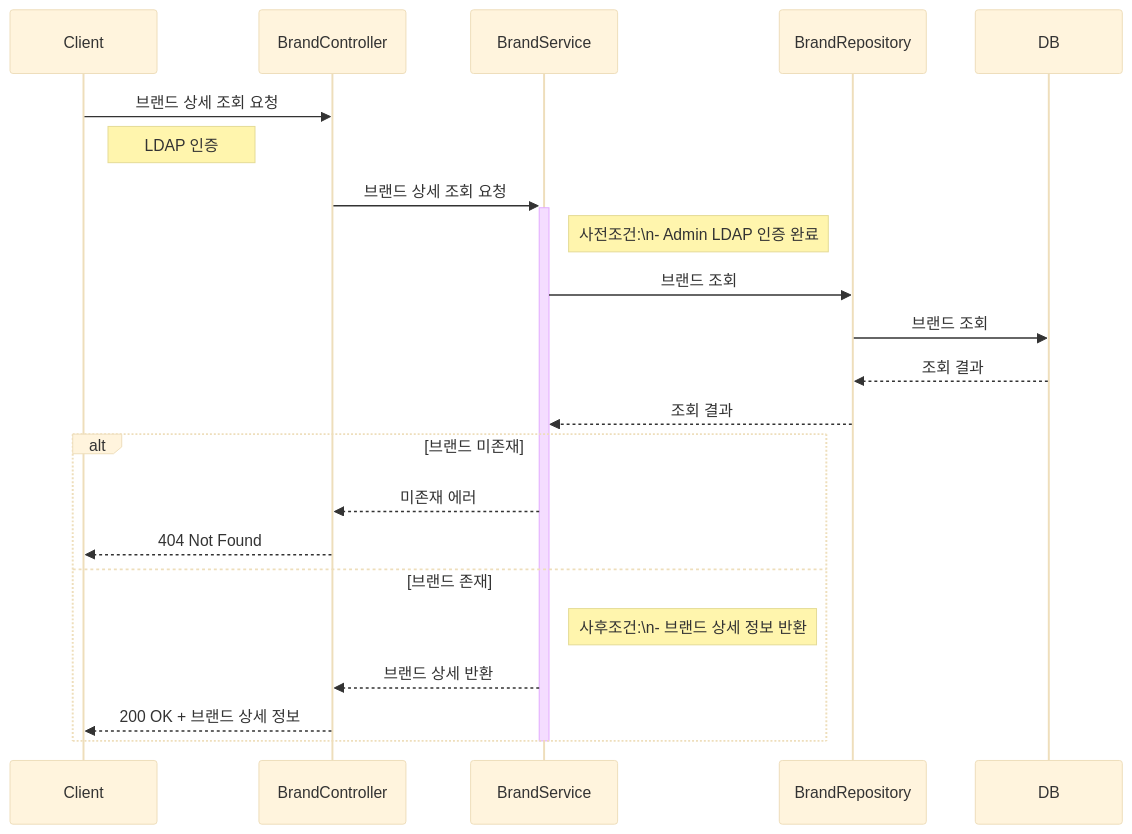
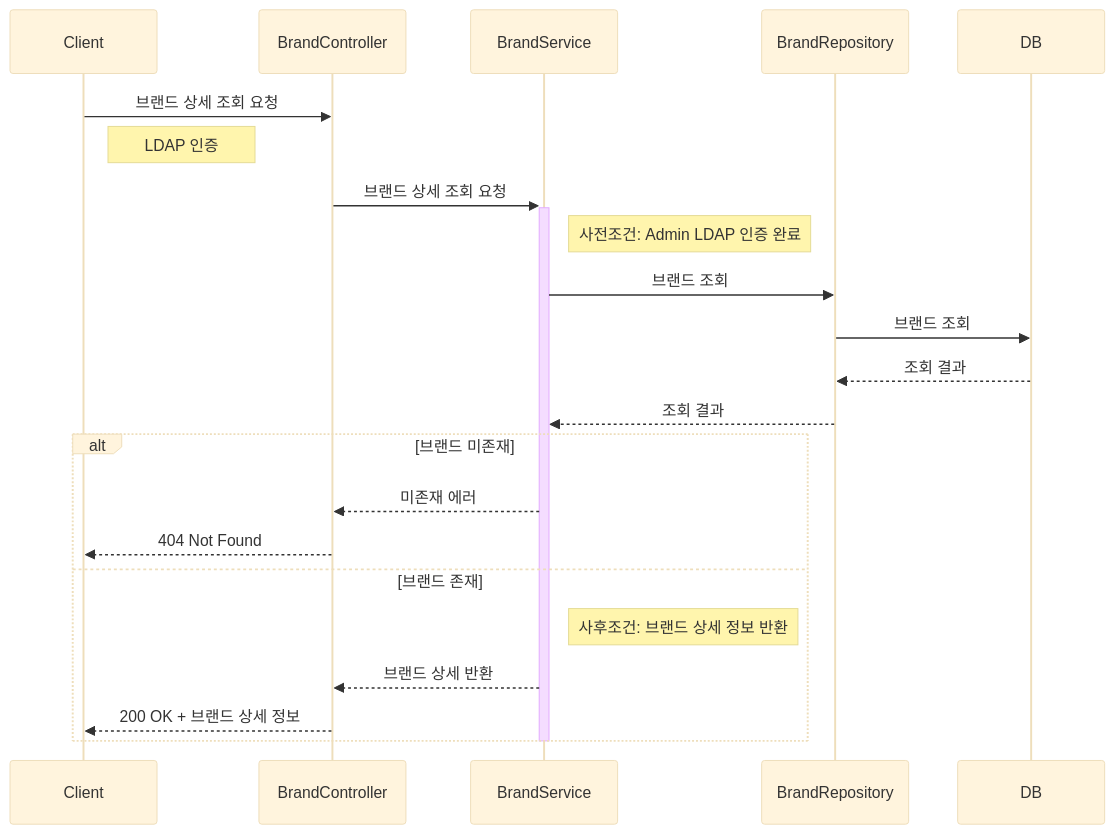
Before and after one commit to Loopers-dev-lab/loop-pack-be-l2-vol3-kotlin: the third of 22 diagrams in docs/design/02-sequence-diagrams.md, drawn with Mermaid (base theme). The commit also changed other lines of this file, not shown here.

Commit message:
docs(design): 시퀀스 다이어그램 줄바꿈 제거

````diff
--- a/docs/design/02-sequence-diagrams.md
+++ b/docs/design/02-sequence-diagrams.md
@@ -76,29 +76,29 @@
 ```mermaid
 sequenceDiagram
     participant Client
     participant BrandController
     participant BrandService
     participant BrandRepository
     participant DB
 
     Client->>BrandController: 브랜드 상세 조회 요청
     Note right of Client: LDAP 인증
     BrandController->>+BrandService: 브랜드 상세 조회 요청
 
-    Note right of BrandService: 사전조건:\n- Admin LDAP 인증 완료
+    Note right of BrandService: 사전조건: Admin LDAP 인증 완료
 
     BrandService->>BrandRepository: 브랜드 조회
     BrandRepository->>DB: 브랜드 조회
     DB-->>BrandRepository: 조회 결과
     BrandRepository-->>BrandService: 조회 결과
 
     alt 브랜드 미존재
         BrandService-->>BrandController: 미존재 에러
         BrandController-->>Client: 404 Not Found
     else 브랜드 존재
-        Note right of BrandService: 사후조건:\n- 브랜드 상세 정보 반환
+        Note right of BrandService: 사후조건: 브랜드 상세 정보 반환
         BrandService-->>BrandController: 브랜드 상세 반환
         BrandController-->>Client: 200 OK + 브랜드 상세 정보
     end
     deactivate BrandService
 ```
````
